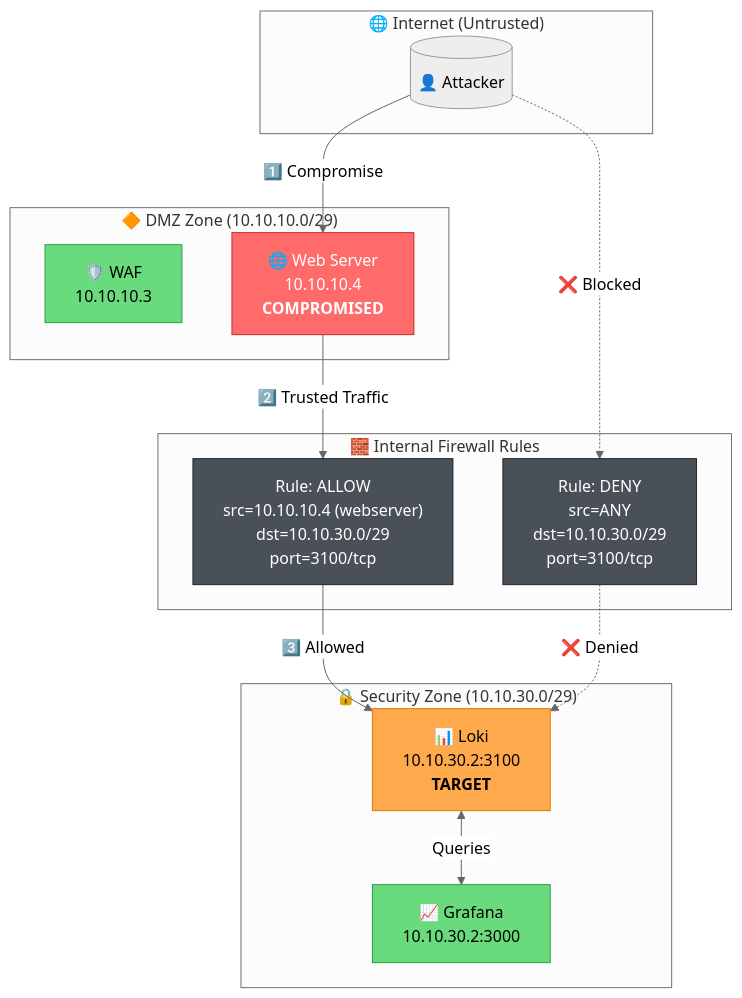
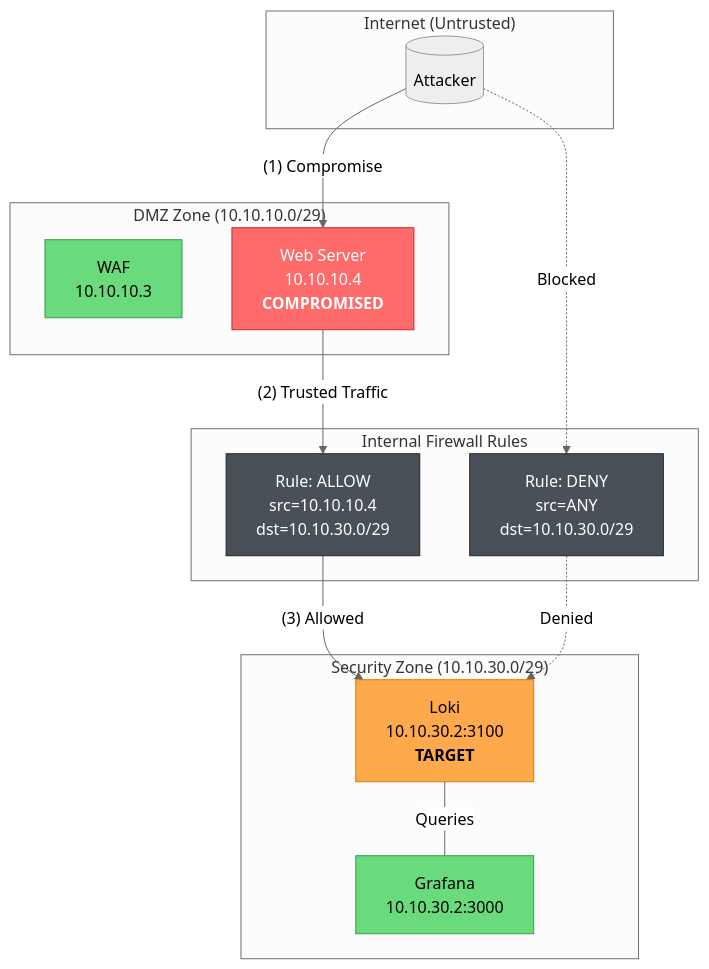
One commit to davidseitz/SichereDMZ changed the fifth of 8 diagrams in attacks/docs/LOKI_ATTACK_DOCUMENTATION.md. Above: the diagram before and after it, drawn with Mermaid (neutral theme). The commit also changed other lines of this file and 1 other file, not shown here.

Commit message:
Updated Loki documentation

````diff
--- a/attacks/docs/LOKI_ATTACK_DOCUMENTATION.md
+++ b/attacks/docs/LOKI_ATTACK_DOCUMENTATION.md
@@ -135,39 +286,37 @@
 ```mermaid
-flowchart TB
-    subgraph INTERNET["🌐 Internet (Untrusted)"]
-        ATK[("👤 Attacker")]
-    end
-    
-    subgraph DMZ["🔶 DMZ Zone (10.10.10.0/29)"]
-        WAF["🛡️ WAF<br/>10.10.10.3"]
-        WEB["🌐 Web Server<br/>10.10.10.4<br/><b>COMPROMISED</b>"]
-    end
-    
-    subgraph SECURITY["🔒 Security Zone (10.10.30.0/29)"]
-        LOKI["📊 Loki<br/>10.10.30.2:3100<br/><b>TARGET</b>"]
-        SIEM["📈 Grafana<br/>10.10.30.2:3000"]
-    end
-    
-    subgraph INTERNAL_FW["🧱 Internal Firewall Rules"]
-        RULE1["Rule: ALLOW<br/>src=10.10.10.4 (webserver)<br/>dst=10.10.30.0/29<br/>port=3100/tcp"]
-        RULE2["Rule: DENY<br/>src=ANY<br/>dst=10.10.30.0/29<br/>port=3100/tcp"]
-    end
-    
-    ATK -->|"1️⃣ Compromise"| WEB
-    WEB -->|"2️⃣ Trusted Traffic"| RULE1
-    RULE1 -->|"3️⃣ Allowed"| LOKI
-    ATK -.->|"❌ Blocked"| RULE2
-    RULE2 -.->|"❌ Denied"| LOKI
-    
-    LOKI <-->|"Queries"| SIEM
-    
+graph TB
+    %% 1. STYLES AT THE TOP (Safest for YouTrack)
     classDef compromised fill:#ff6b6b,stroke:#c92a2a,color:white
     classDef target fill:#ffa94d,stroke:#e67700,color:black
     classDef firewall fill:#495057,stroke:#212529,color:white
     classDef normal fill:#69db7c,stroke:#2f9e44,color:black
+
+    %% 2. DEFINITIONS
+    subgraph INTERNET["Internet (Untrusted)"]
+        ATK[("Attacker")]
+    end
     
-    class WEB compromised
-    class LOKI target
-    class RULE1,RULE2 firewall
-    class WAF,SIEM normal
+    subgraph DMZ["DMZ Zone (10.10.10.0/29)"]
+        WAF["WAF<br/>10.10.10.3"]:::normal
+        WEB["Web Server<br/>10.10.10.4<br/><b>COMPROMISED</b>"]:::compromised
+    end
+    
+    subgraph SECURITY["Security Zone (10.10.30.0/29)"]
+        LOKI["Loki<br/>10.10.30.2:3100<br/><b>TARGET</b>"]:::target
+        SIEM["Grafana<br/>10.10.30.2:3000"]:::normal
+    end
+    
+    subgraph INTERNAL_FW["Internal Firewall Rules"]
+        RULE1["Rule: ALLOW<br/>src=10.10.10.4<br/>dst=10.10.30.0/29"]:::firewall
+        RULE2["Rule: DENY<br/>src=ANY<br/>dst=10.10.30.0/29"]:::firewall
+    end
+    
+    %% 3. CONNECTIONS (Renamed labels to avoid "Start with Number" bug)
+    ATK -->|"(1) Compromise"| WEB
+    WEB -->|"(2) Trusted Traffic"| RULE1
+    RULE1 -->|"(3) Allowed"| LOKI
+    ATK -.->|"Blocked"| RULE2
+    RULE2 -.->|"Denied"| LOKI
+    
+    LOKI -- "Queries" --- SIEM
 ```
````
